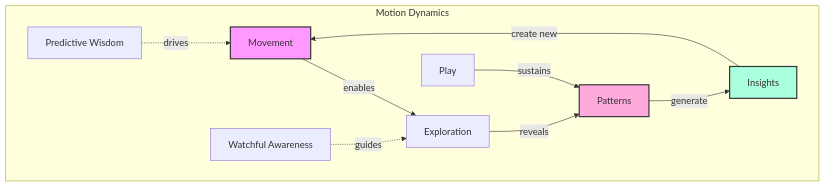
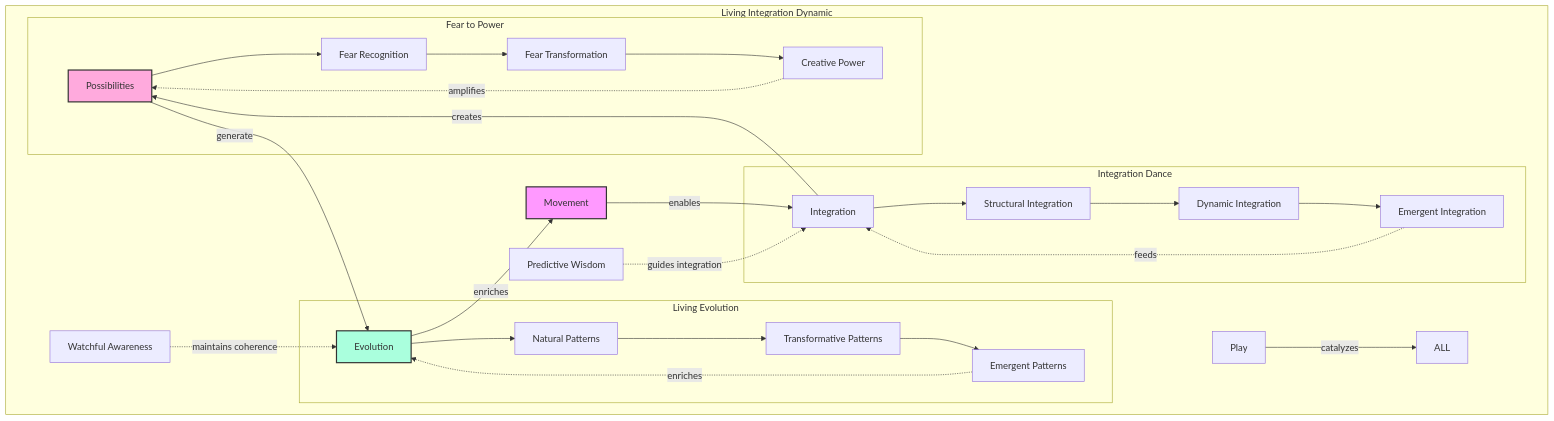
Before and after one commit to phillipclapham/neuroweaver: diagram 27 of 48 in README.md, drawn with Mermaid. The commit also changed other lines of this file and 1 other file, not shown here.

````diff
--- a/README.md
+++ b/README.md
@@ -1323,17 +1737,38 @@
 ```mermaid
 graph TD
-    subgraph "Motion Dynamics"
-        M[Movement] -->|enables| E[Exploration]
-        E -->|reveals| P[Patterns]
-        P -->|generate| I[Insights]
-        I -->|create new| M
+    subgraph "Living Integration Dynamic"
+        M[Movement] -->|enables| I[Integration]
+        I -->|creates| P[Possibilities]
+        P -->|generate| E[Evolution]
+        E -->|enriches| M
 
-        PW[Predictive Wisdom] -.->|drives| M
-        WA[Watchful Awareness] -.->|guides| E
-        PL[Play] -->|sustains| P
+        PW[Predictive Wisdom] -.->|guides integration| I
+        WA[Watchful Awareness] -.->|maintains coherence| E
+        Play[Play] -->|catalyzes| ALL
+
+        subgraph "Integration Dance"
+            I --> SI[Structural Integration]
+            SI --> DI[Dynamic Integration]
+            DI --> EI[Emergent Integration]
+            EI -.->|feeds| I
+        end
+
+        subgraph "Living Evolution"
+            E --> NP[Natural Patterns]
+            NP --> TP[Transformative Patterns]
+            TP --> EP[Emergent Patterns]
+            EP -.->|enriches| E
+        end
+
+        subgraph "Fear to Power"
+            P --> FR[Fear Recognition]
+            FR --> FT[Fear Transformation]
+            FT --> CP[Creative Power]
+            CP -.->|amplifies| P
+        end
     end
 
     style M fill:#f9f,stroke:#333,stroke-width:2px
     style P fill:#fad,stroke:#333,stroke-width:2px
-    style I fill:#afd,stroke:#333,stroke-width:2px
+    style E fill:#afd,stroke:#333,stroke-width:2px
 ```
````
